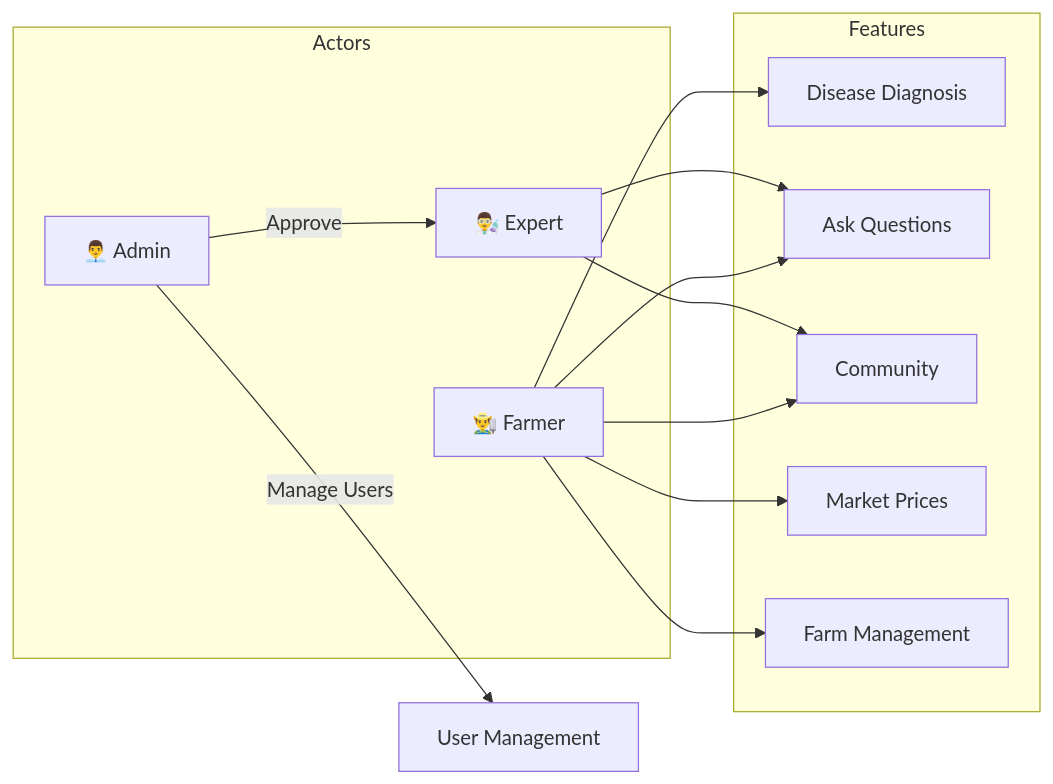
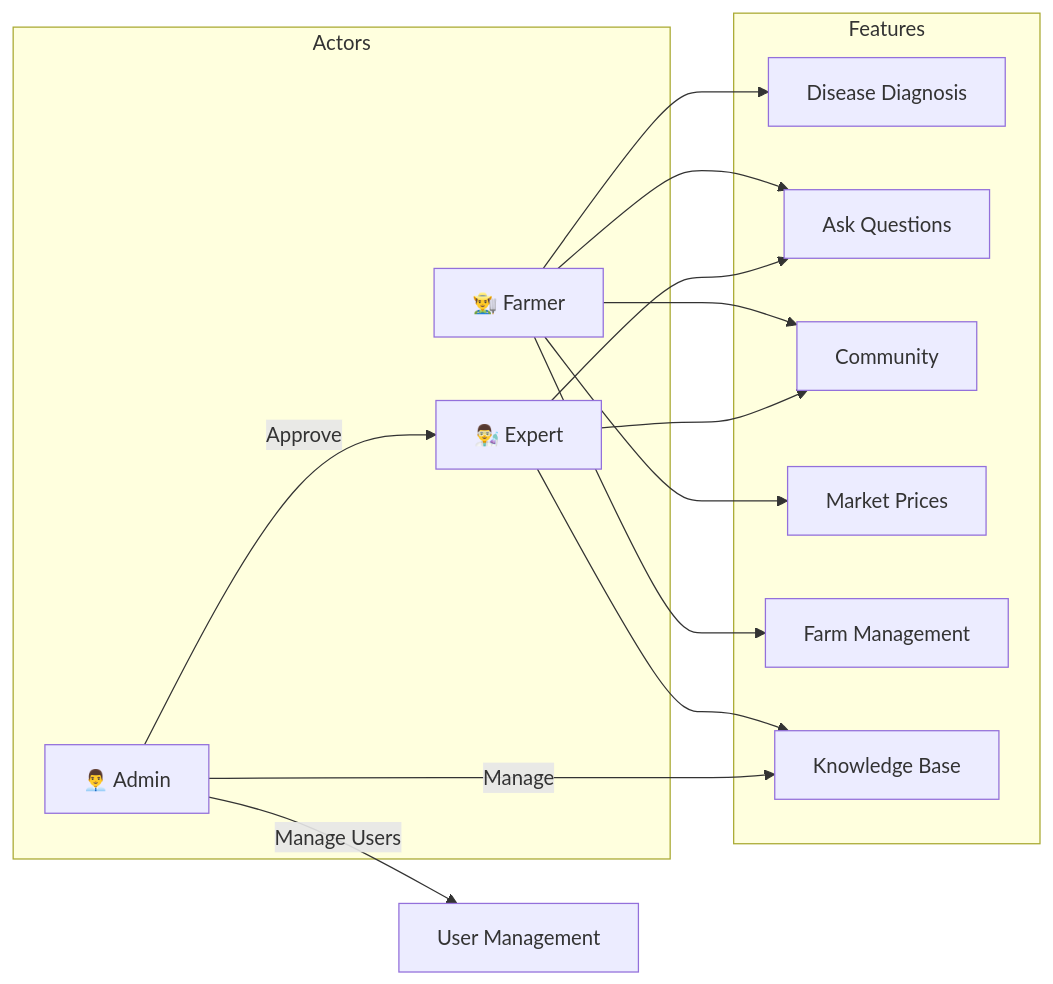
The third of 3 diagrams in docs/ARCHITECTURE.md (akshayks13/AI-Crop-Disease-Diagnosis-System), drawn with Mermaid before and after one commit. The commit also changed other lines of this file and 21 other files, not shown here.

Commit message:
Added new tests and diagrams

````diff
--- a/docs/ARCHITECTURE.md
+++ b/docs/ARCHITECTURE.md
@@ -68,28 +105,31 @@
 ```mermaid
 graph LR
     subgraph Actors
         F[👨‍🌾 Farmer]
         E[👨‍🔬 Expert]
         A[👨‍💼 Admin]
     end
     
     subgraph Features
         D[Disease Diagnosis]
         Q[Ask Questions]
         C[Community]
         M[Market Prices]
         FA[Farm Management]
+        KB[Knowledge Base]
     end
     
     F --> D
     F --> Q
     F --> C
     F --> M
     F --> FA
     
     E --> Q
     E --> C
+    E --> KB
     
     A --> |Manage Users| U[User Management]
     A --> |Approve| E
+    A --> |Manage| KB
 ```
````
